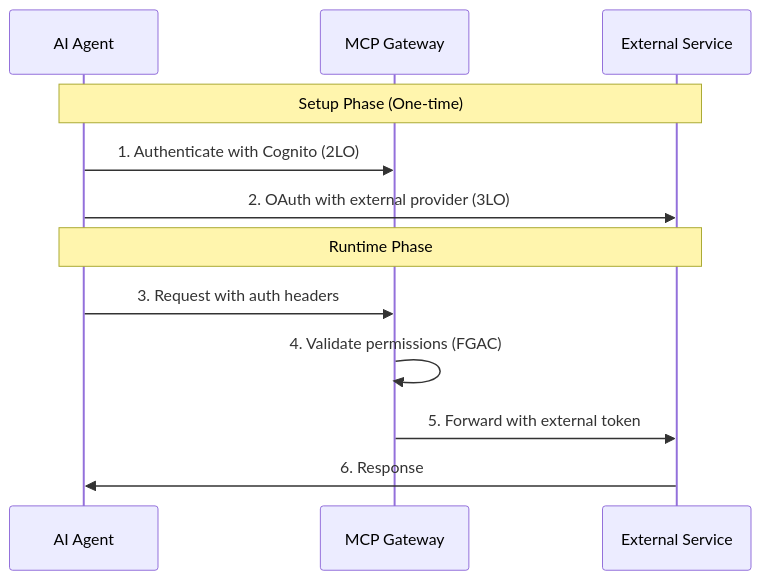
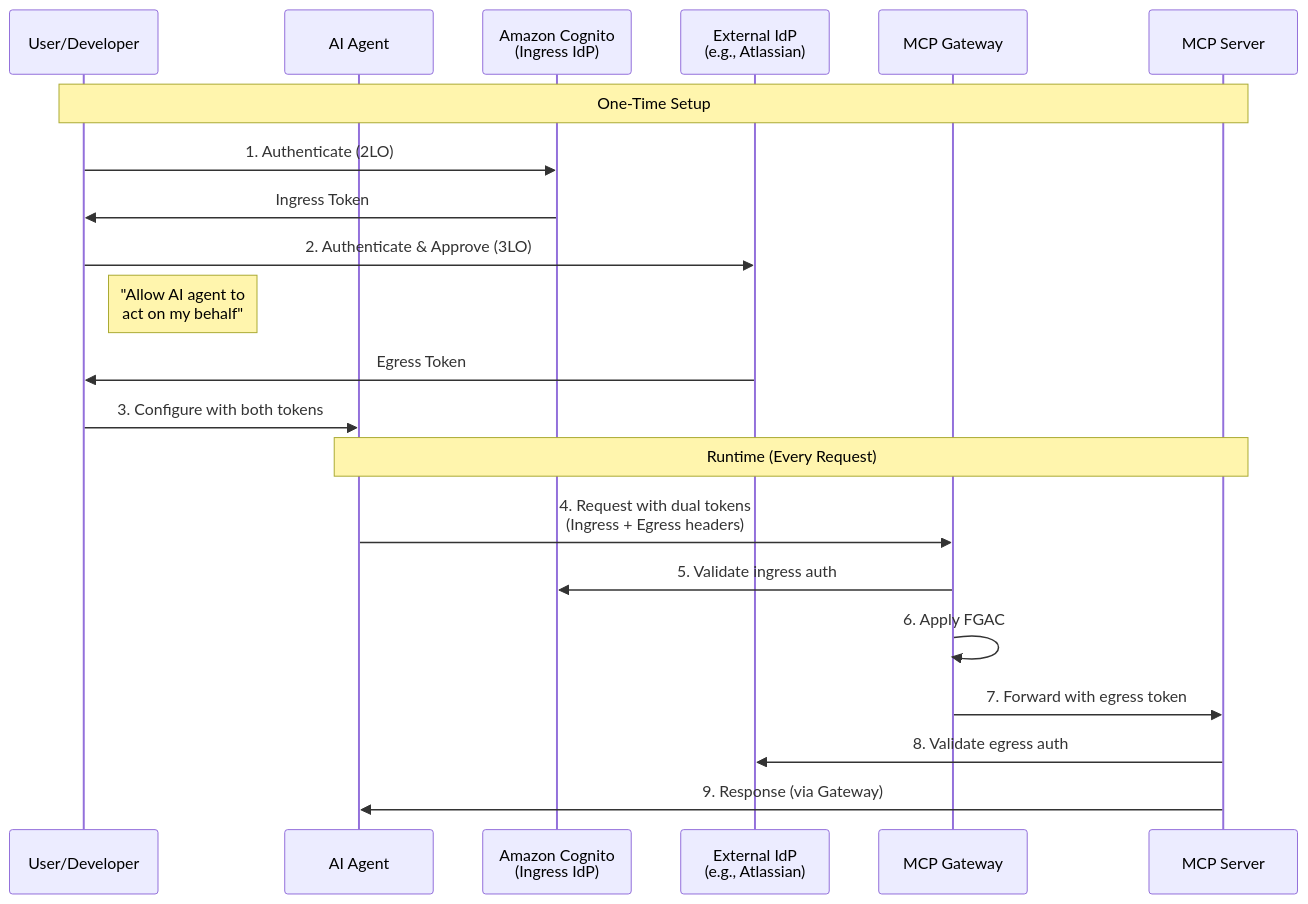
One commit to ascending-llc/mcp-gateway-registry changed the first of 2 diagrams in docs/auth.md. Above: the diagram before and after it, drawn with Mermaid. The commit also changed other lines of this file, not shown here.

First line of the commit message:
Improve authentication documentation with comprehensive dual-token flow diagrams

````diff
--- a/docs/auth.md
+++ b/docs/auth.md
@@ -220,16 +230,29 @@
 ```mermaid
 sequenceDiagram
+    participant User as User/Developer
     participant Agent as AI Agent
+    participant Cognito as Amazon Cognito<br/>(Ingress IdP)
+    participant ExtIdP as External IdP<br/>(e.g., Atlassian)
     participant Gateway as MCP Gateway
-    participant External as External Service
+    participant MCPServer as MCP Server
     
-    Note over Agent,External: Setup Phase (One-time)
-    Agent->>Gateway: 1. Authenticate with Cognito (2LO)
-    Agent->>External: 2. OAuth with external provider (3LO)
+    Note over User,MCPServer: One-Time Setup
     
-    Note over Agent,External: Runtime Phase
-    Agent->>Gateway: 3. Request with auth headers
-    Gateway->>Gateway: 4. Validate permissions (FGAC)
-    Gateway->>External: 5. Forward with external token
-    External->>Agent: 6. Response
+    User->>Cognito: 1. Authenticate (2LO)
+    Cognito->>User: Ingress Token
+    
+    User->>ExtIdP: 2. Authenticate & Approve (3LO)
+    Note right of User: "Allow AI agent to<br/>act on my behalf"
+    ExtIdP->>User: Egress Token
+    
+    User->>Agent: 3. Configure with both tokens
+    
+    Note over Agent,MCPServer: Runtime (Every Request)
+    
+    Agent->>Gateway: 4. Request with dual tokens<br/>(Ingress + Egress headers)
+    Gateway->>Cognito: 5. Validate ingress auth
+    Gateway->>Gateway: 6. Apply FGAC
+    Gateway->>MCPServer: 7. Forward with egress token
+    MCPServer->>ExtIdP: 8. Validate egress auth
+    MCPServer->>Agent: 9. Response (via Gateway)
 ```
````
